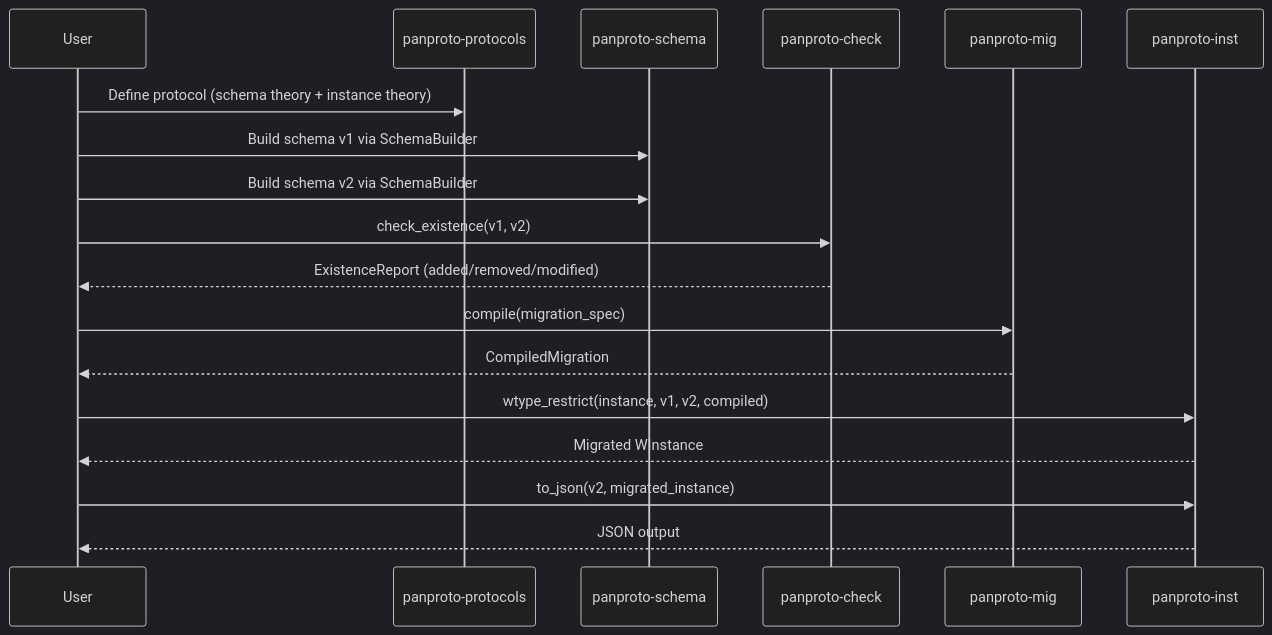
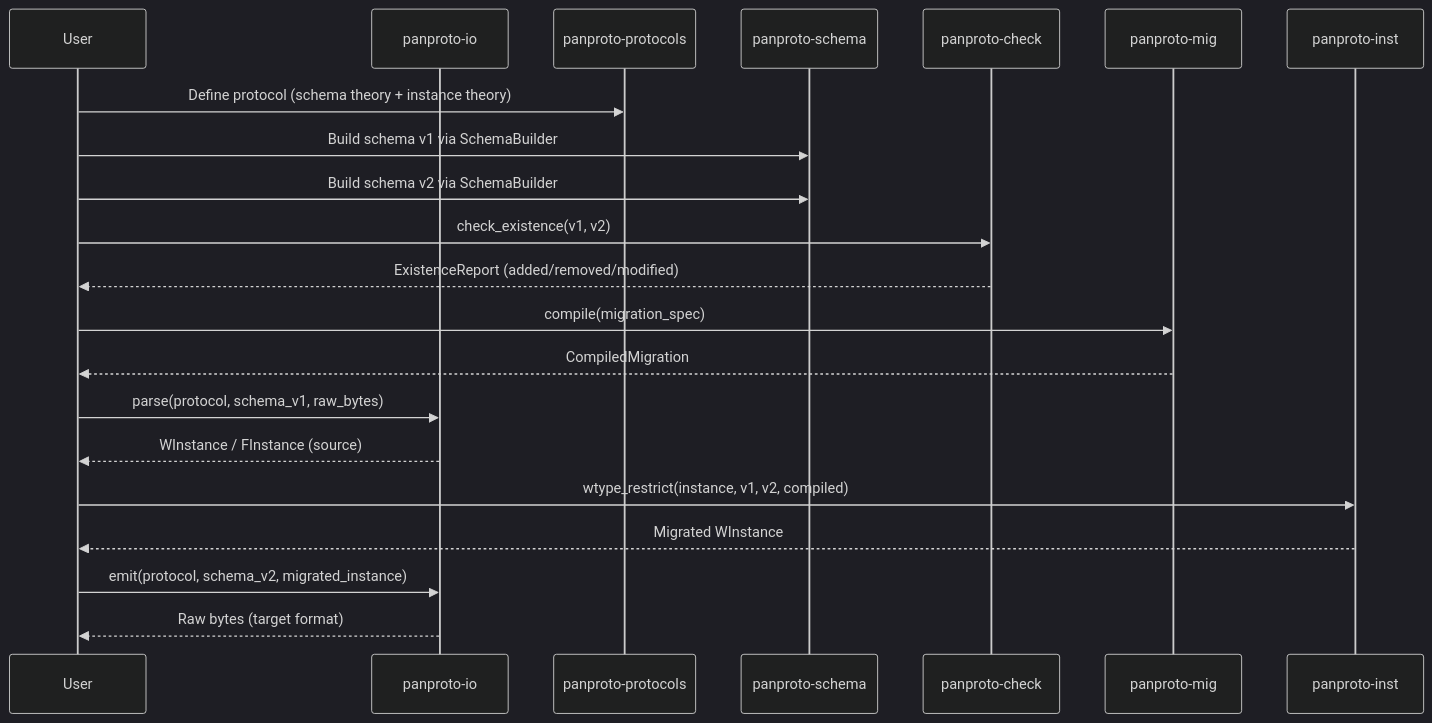
The second of 2 diagrams in dev-guide/chapters/05-architecture-overview.qmd (panproto/panproto), drawn with Mermaid (dark theme) before and after one commit. The commit also changed other lines of this file and 33 other files, not shown here.

````diff
--- a/dev-guide/chapters/05-architecture-overview.qmd
+++ b/dev-guide/chapters/05-architecture-overview.qmd
@@ -145,23 +155,26 @@
 ```{mermaid}
 %%| label: fig-migration-lifecycle
-%%| fig-cap: "Full migration lifecycle, from protocol definition through data lifting."
+%%| fig-cap: "Full migration lifecycle, from raw data through migration to target format."
 sequenceDiagram
     participant User
+    participant IO as panproto-io
     participant Protocols as panproto-protocols
     participant Schema as panproto-schema
     participant Check as panproto-check
     participant Mig as panproto-mig
     participant Inst as panproto-inst
 
     User->>Protocols: Define protocol (schema theory + instance theory)
     User->>Schema: Build schema v1 via SchemaBuilder
     User->>Schema: Build schema v2 via SchemaBuilder
     User->>Check: check_existence(v1, v2)
     Check-->>User: ExistenceReport (added/removed/modified)
     User->>Mig: compile(migration_spec)
     Mig-->>User: CompiledMigration
+    User->>IO: parse(protocol, schema_v1, raw_bytes)
+    IO-->>User: WInstance / FInstance (source)
     User->>Inst: wtype_restrict(instance, v1, v2, compiled)
     Inst-->>User: Migrated WInstance
-    User->>Inst: to_json(v2, migrated_instance)
-    Inst-->>User: JSON output
+    User->>IO: emit(protocol, schema_v2, migrated_instance)
+    IO-->>User: Raw bytes (target format)
 ```
````
